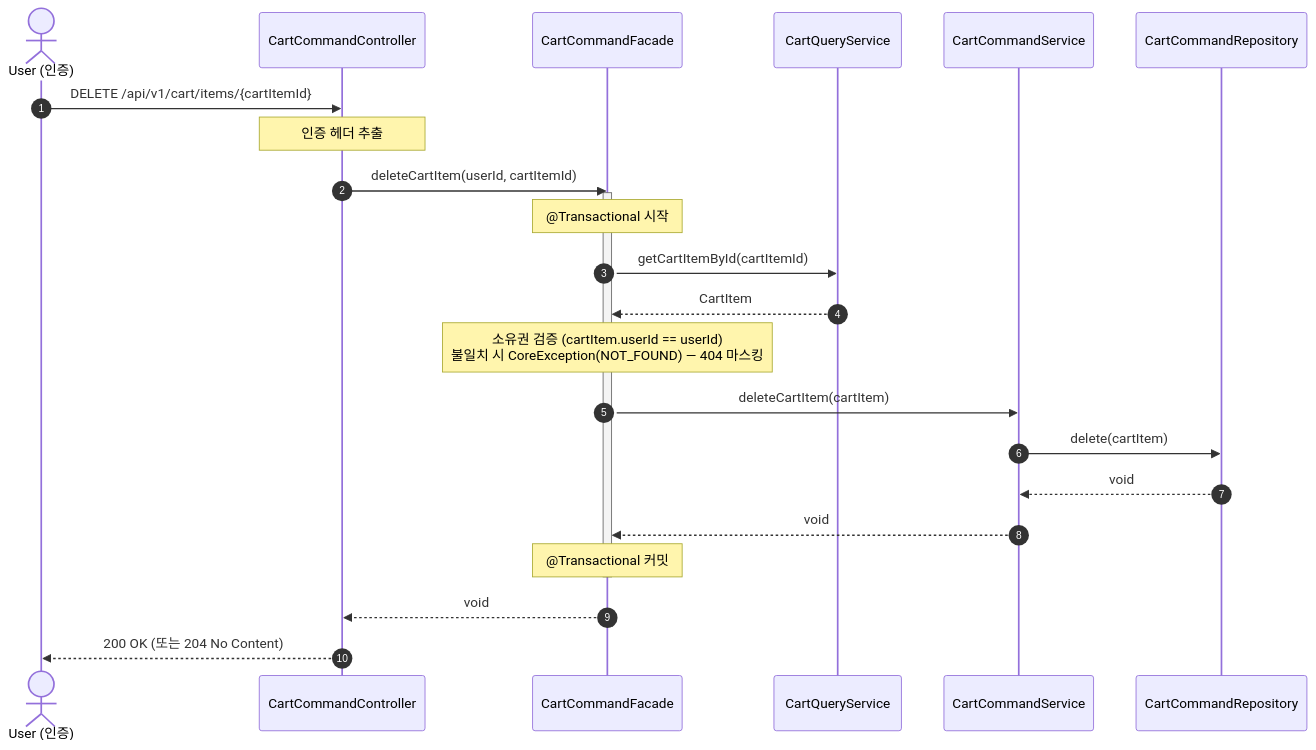
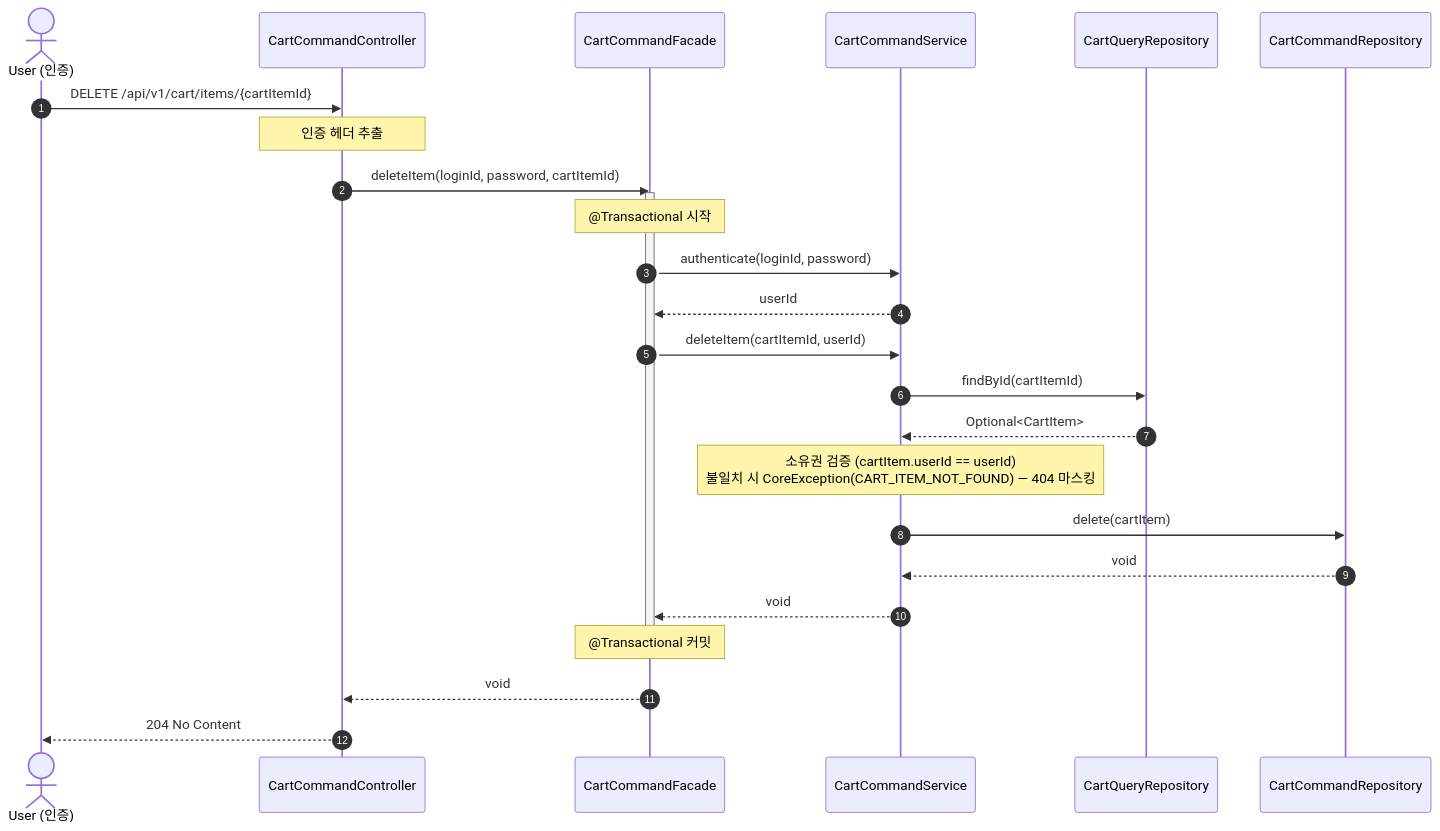
Diagram 22 of 30 in docs/design/02-sequence-diagrams.md (Hwan0518/loop-pack-be-l2-vol3-java), drawn with Mermaid before and after one commit. The commit also changed other lines of this file and 474 other files, not shown here.

````diff
--- a/docs/design/02-sequence-diagrams.md
+++ b/docs/design/02-sequence-diagrams.md
@@ -918,31 +1104,32 @@
 ```mermaid
 sequenceDiagram
     autonumber
     actor User as User (인증)
     participant Controller as CartCommandController
     participant Facade as CartCommandFacade
-    participant QService as CartQueryService
     participant Service as CartCommandService
-    participant Repository as CartCommandRepository
+    participant QRepo as CartQueryRepository
+    participant CRepo as CartCommandRepository
 
     User->>Controller: DELETE /api/v1/cart/items/{cartItemId}
     Note over Controller: 인증 헤더 추출
-    Controller->>Facade: deleteCartItem(userId, cartItemId)
+    Controller->>Facade: deleteItem(loginId, password, cartItemId)
     activate Facade
     Note over Facade: @Transactional 시작
 
-    Facade->>QService: getCartItemById(cartItemId)
-    QService-->>Facade: CartItem
+    Facade->>Service: authenticate(loginId, password)
+    Service-->>Facade: userId
 
-    Note over Facade: 소유권 검증 (cartItem.userId == userId)<br/>불일치 시 CoreException(NOT_FOUND) — 404 마스킹
-
-    Facade->>Service: deleteCartItem(cartItem)
-    Service->>Repository: delete(cartItem)
-    Repository-->>Service: void
+    Facade->>Service: deleteItem(cartItemId, userId)
+    Service->>QRepo: findById(cartItemId)
+    QRepo-->>Service: Optional<CartItem>
+    Note over Service: 소유권 검증 (cartItem.userId == userId)<br/>불일치 시 CoreException(CART_ITEM_NOT_FOUND) — 404 마스킹
+    Service->>CRepo: delete(cartItem)
+    CRepo-->>Service: void
     Service-->>Facade: void
 
     Note over Facade: @Transactional 커밋
     deactivate Facade
     Facade-->>Controller: void
-    Controller-->>User: 200 OK (또는 204 No Content)
+    Controller-->>User: 204 No Content
 ```
````
